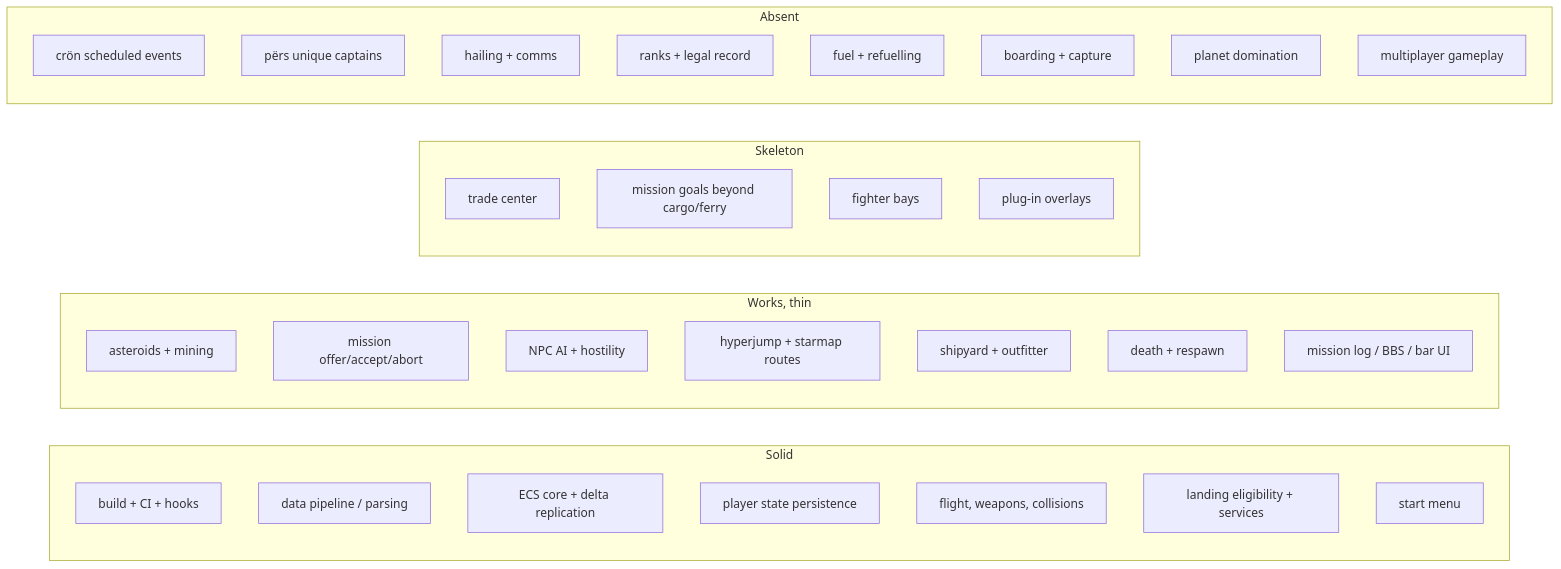
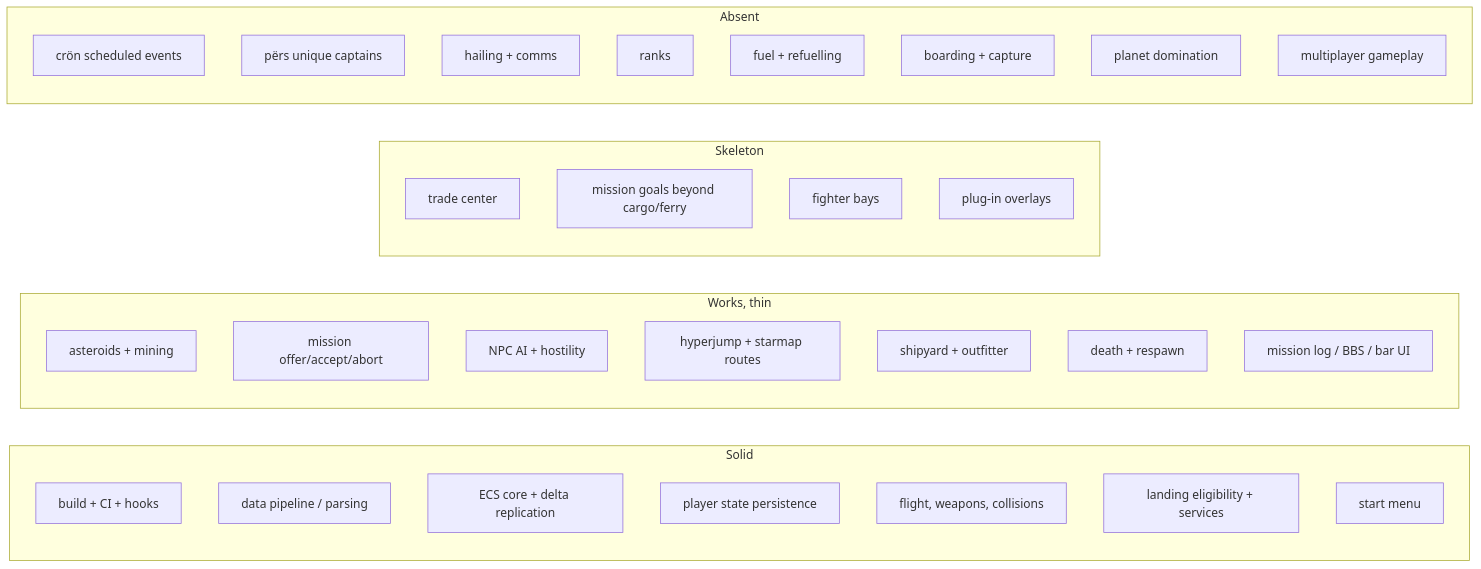
One commit to NotNANtoN/NovaJS changed the diagram in docs/maturity.md. Above: the diagram before and after it, drawn with Mermaid. The commit also changed other lines of this file and 24 other files, not shown here.

First line of the commit message:
Give pilots a legal record and combat rating drawn from retail data

````diff
--- a/docs/maturity.md
+++ b/docs/maturity.md
@@ -35,37 +35,37 @@
 ```mermaid
 graph LR
     subgraph Solid
         S1[build + CI + hooks]
         S2[data pipeline / parsing]
         S3[ECS core + delta replication]
         S4[player state persistence]
         S5[flight, weapons, collisions]
         S6[landing eligibility + services]
         S7[start menu]
     end
     subgraph "Works, thin"
         T0[asteroids + mining]
         T1[mission offer/accept/abort]
         T2[NPC AI + hostility]
         T3[hyperjump + starmap routes]
         T4[shipyard + outfitter]
         T5[death + respawn]
         T6[mission log / BBS / bar UI]
     end
     subgraph Skeleton
         K1[trade center]
         K2[mission goals beyond cargo/ferry]
         K3[fighter bays]
         K4[plug-in overlays]
     end
     subgraph Absent
         A1["crön scheduled events"]
         A2["përs unique captains"]
         A3[hailing + comms]
-        A4[ranks + legal record]
+        A4[ranks]
         A5[fuel + refuelling]
         A6[boarding + capture]
         A7[planet domination]
         A8[multiplayer gameplay]
     end
 ```
````
